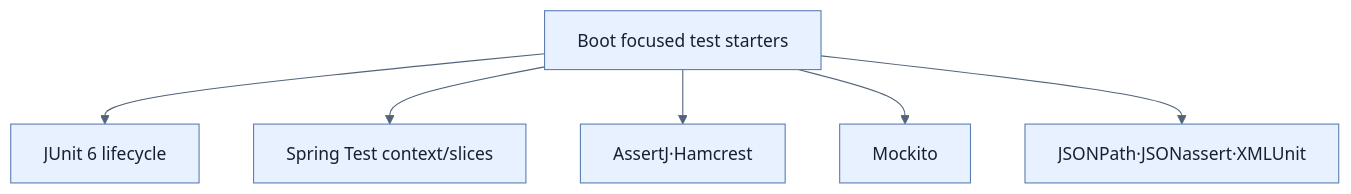
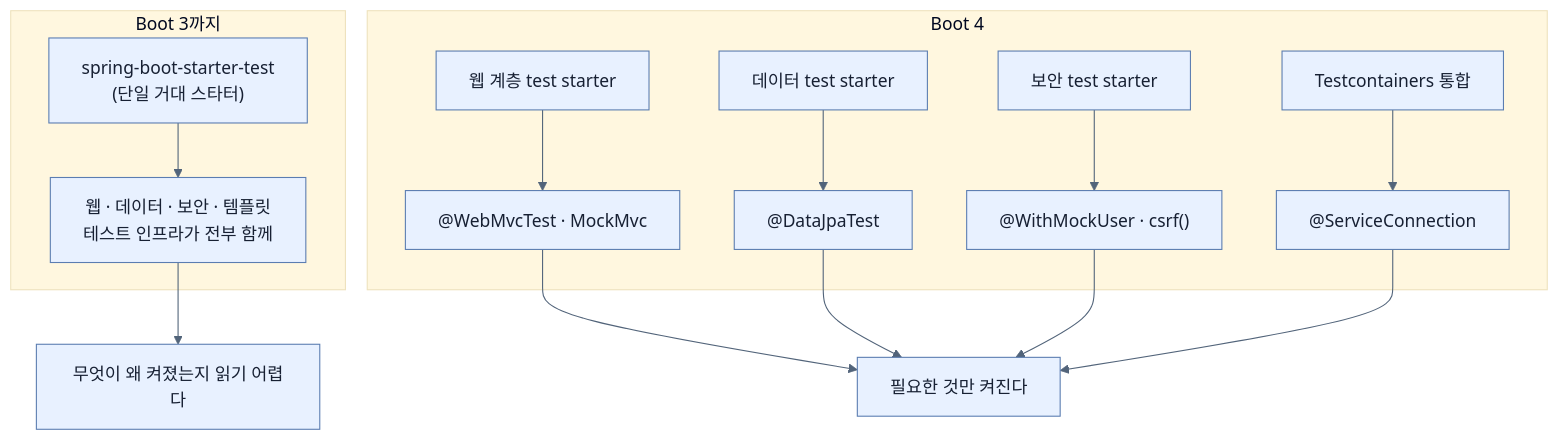
One commit to sing-u8/Learning_Spring_Boot_4 changed the diagram in spring-boot-4-pdf-notes/part-2-creating-an-application-with-spring-boot/chapter-5-testing-with-spring-boot/01-junit-6-and-focused-test-starters.md. Above: the diagram before and after it, drawn with Mermaid. The commit also changed other lines of this file and 253 other files, not shown here.

````diff
--- a/spring-boot-4-pdf-notes/part-2-creating-an-application-with-spring-boot/chapter-5-testing-with-spring-boot/01-junit-6-and-focused-test-starters.md
+++ b/spring-boot-4-pdf-notes/part-2-creating-an-application-with-spring-boot/chapter-5-testing-with-spring-boot/01-junit-6-and-focused-test-starters.md
@@ -28,9 +121,18 @@
 ```mermaid
 %%{init: {'theme': 'base', 'themeVariables': {'background': '#ffffff', 'primaryColor': '#e8f1ff', 'primaryTextColor': '#172033', 'primaryBorderColor': '#5b7db1', 'lineColor': '#52647a', 'secondaryColor': '#f7fbff', 'tertiaryColor': '#fff7df'}}}%%
-flowchart TD
-    B[Boot focused test starters] --> J[JUnit 6 lifecycle]
-    B --> S[Spring Test context/slices]
-    B --> A[AssertJ·Hamcrest]
-    B --> M[Mockito]
-    B --> X[JSONPath·JSONassert·XMLUnit]
+flowchart TB
+    subgraph OLD["Boot 3까지"]
+        T["spring-boot-starter-test<br/>(단일 거대 스타터)"] --> ALL["웹 · 데이터 · 보안 · 템플릿<br/>테스트 인프라가 전부 함께"]
+    end
+    subgraph NEW["Boot 4"]
+        W["웹 계층 test starter"] --> WT["@WebMvcTest · MockMvc"]
+        D["데이터 test starter"] --> DT["@DataJpaTest"]
+        S["보안 test starter"] --> ST["@WithMockUser · csrf()"]
+        C["Testcontainers 통합"] --> CT["@ServiceConnection"]
+    end
+    ALL --> P["무엇이 왜 켜졌는지 읽기 어렵다"]
+    WT --> Q["필요한 것만 켜진다"]
+    DT --> Q
+    ST --> Q
+    CT --> Q
 ```
````
